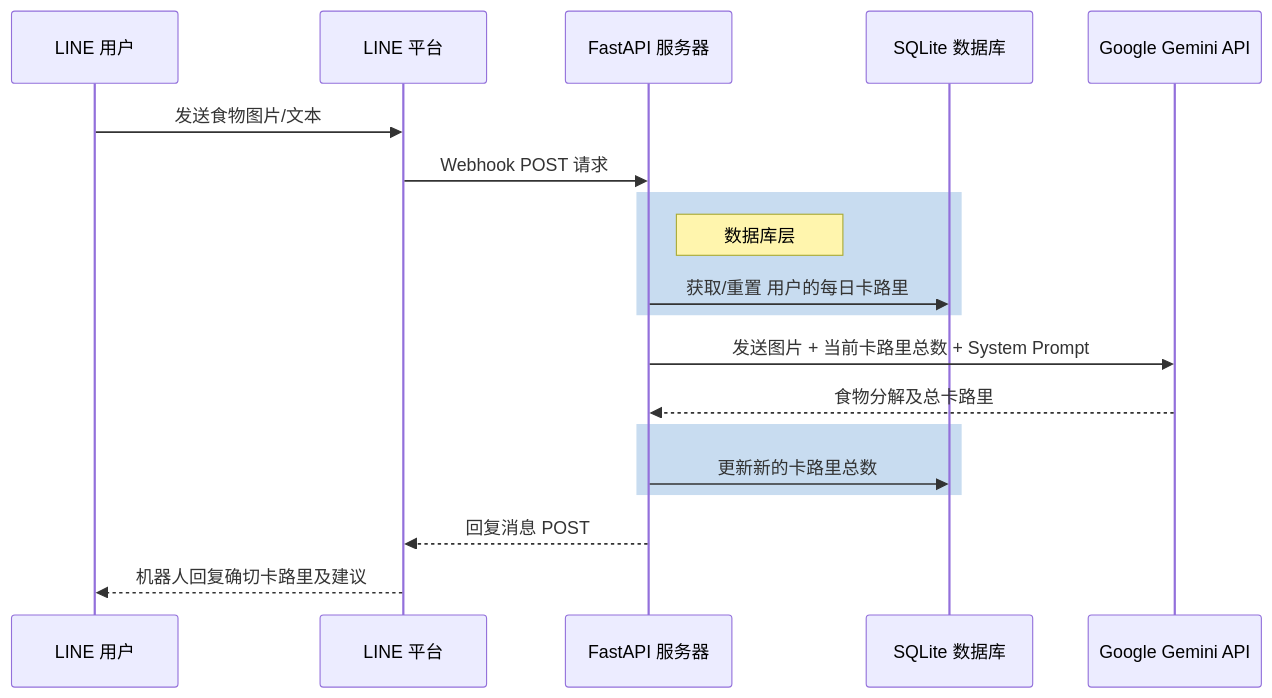
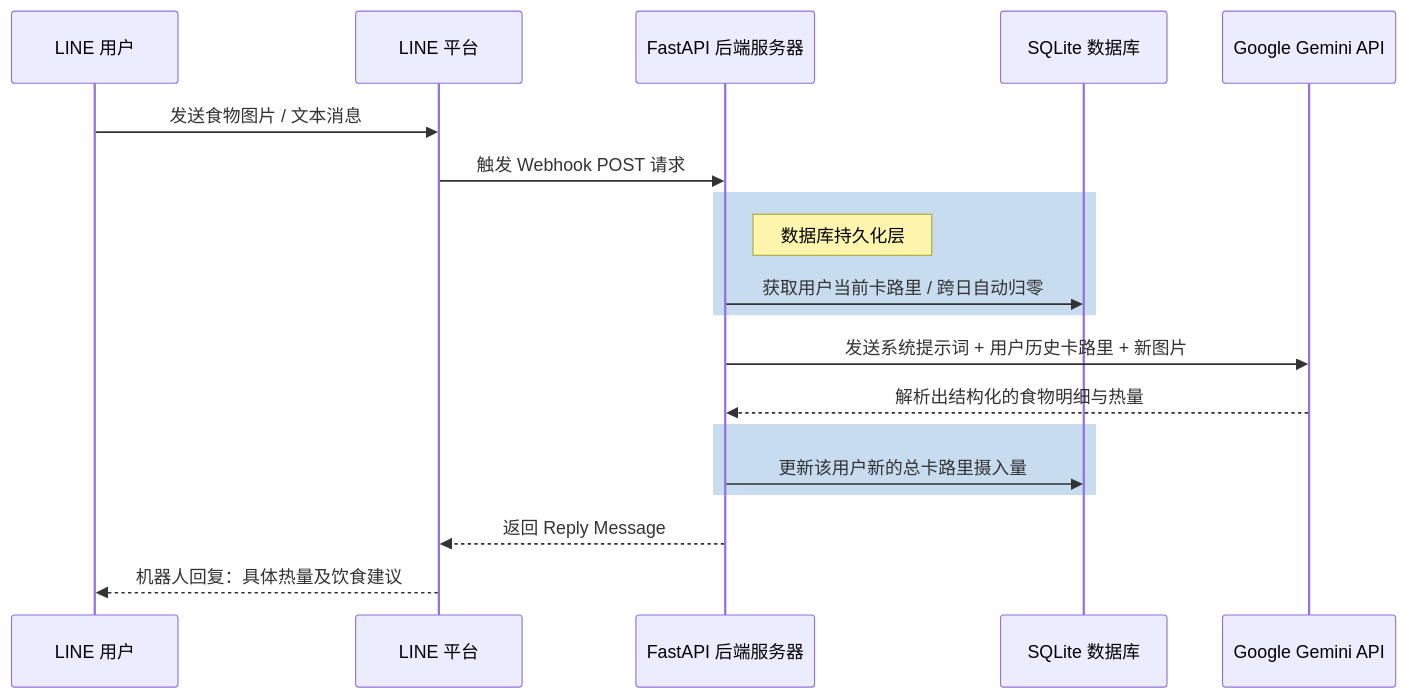
Before and after one commit to welltilln/howmanycals: the diagram in README-ZH.md, drawn with Mermaid. The commit also changed other lines of this file and 3 other files, not shown here.

````diff
--- a/README-ZH.md
+++ b/README-ZH.md
@@ -50,26 +50,26 @@
 ```mermaid
 sequenceDiagram
     participant User as LINE 用户
     participant LINE as LINE 平台
-    participant App as FastAPI 服务器
+    participant App as FastAPI 后端服务器
     participant DB as SQLite 数据库
     participant Gemini as Google Gemini API
 
-    User->>LINE: 发送食物图片/文本
-    LINE->>App: Webhook POST 请求
+    User->>LINE: 发送食物图片 / 文本消息
+    LINE->>App: 触发 Webhook POST 请求
     
     rect rgb(200, 220, 240)
-        Note right of App: 数据库层
-        App->>DB: 获取/重置 用户的每日卡路里
+        Note right of App: 数据库持久化层
+        App->>DB: 获取用户当前卡路里 / 跨日自动归零
     end
 
-    App->>Gemini: 发送图片 + 当前卡路里总数 + System Prompt
-    Gemini-->>App: 食物分解及总卡路里
+    App->>Gemini: 发送系统提示词 + 用户历史卡路里 + 新图片
+    Gemini-->>App: 解析出结构化的食物明细与热量
     
     rect rgb(200, 220, 240)
-        App->>DB: 更新新的卡路里总数
+        App->>DB: 更新该用户新的总卡路里摄入量
     end
 
-    App-->>LINE: 回复消息 POST
-    LINE-->>User: 机器人回复确切卡路里及建议
+    App-->>LINE: 返回 Reply Message
+    LINE-->>User: 机器人回复：具体热量及饮食建议
 ```
````
